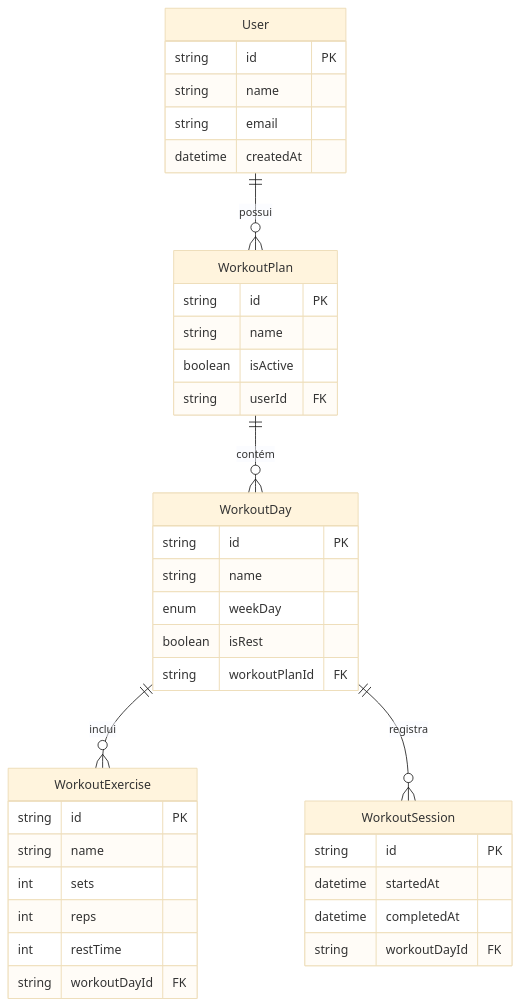
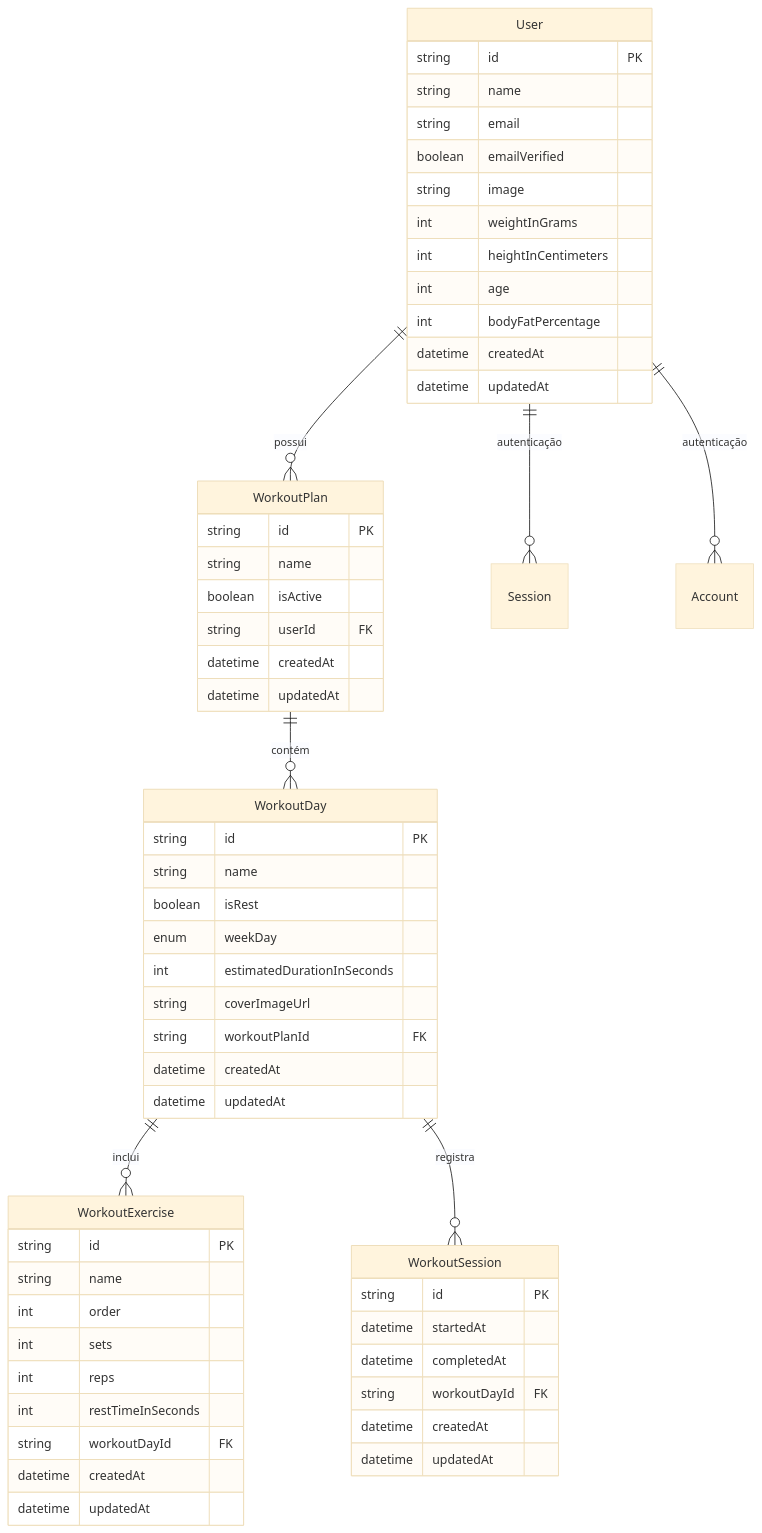
One commit to andersonkaiti/bootcamp-treinos-api changed the second of 2 diagrams in README.md. Above: the diagram before and after it, drawn with Mermaid (base theme). The commit also changed other lines of this file, not shown here.

````diff
--- a/README.md
+++ b/README.md
@@ -148,45 +68,65 @@
 ```mermaid
 erDiagram
     User ||--o{ WorkoutPlan : "possui"
     WorkoutPlan ||--o{ WorkoutDay : "contém"
     WorkoutDay ||--o{ WorkoutExercise : "inclui"
     WorkoutDay ||--o{ WorkoutSession : "registra"
+    User ||--o{ Session : "autenticação"
+    User ||--o{ Account : "autenticação"
     
     User {
         string id PK
         string name
         string email
+        boolean emailVerified
+        string image
+        int weightInGrams
+        int heightInCentimeters
+        int age
+        int bodyFatPercentage
         datetime createdAt
+        datetime updatedAt
     }
     
     WorkoutPlan {
         string id PK
         string name
         boolean isActive
         string userId FK
+        datetime createdAt
+        datetime updatedAt
     }
     
     WorkoutDay {
         string id PK
         string name
+        boolean isRest
         enum weekDay
-        boolean isRest
+        int estimatedDurationInSeconds
+        string coverImageUrl
         string workoutPlanId FK
+        datetime createdAt
+        datetime updatedAt
     }
     
     WorkoutExercise {
         string id PK
         string name
+        int order
         int sets
         int reps
-        int restTime
+        int restTimeInSeconds
         string workoutDayId FK
+        datetime createdAt
+        datetime updatedAt
     }
     
     WorkoutSession {
         string id PK
         datetime startedAt
         datetime completedAt
         string workoutDayId FK
+        datetime createdAt
+        datetime updatedAt
     }
 ```
````
